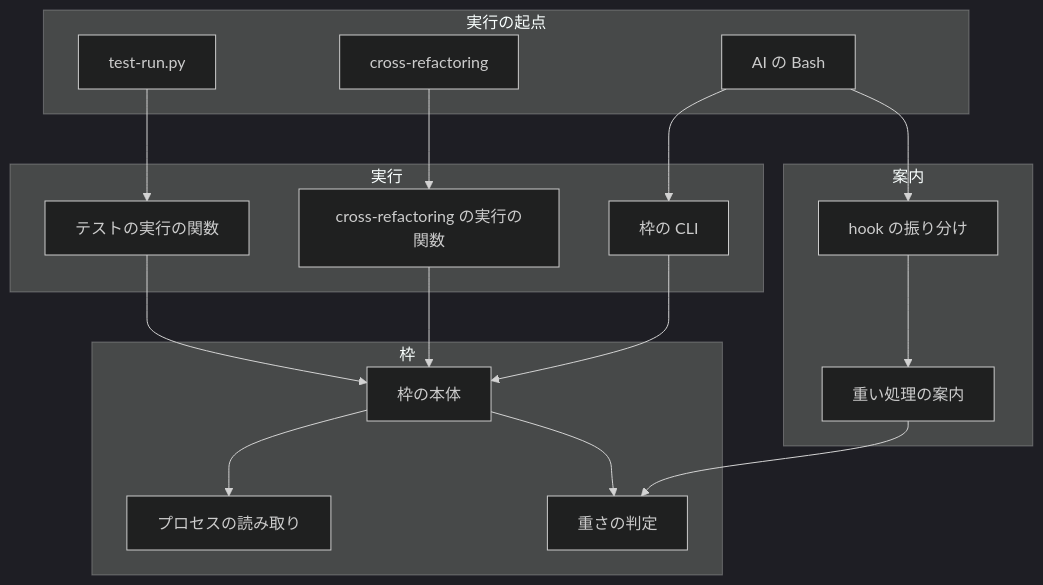
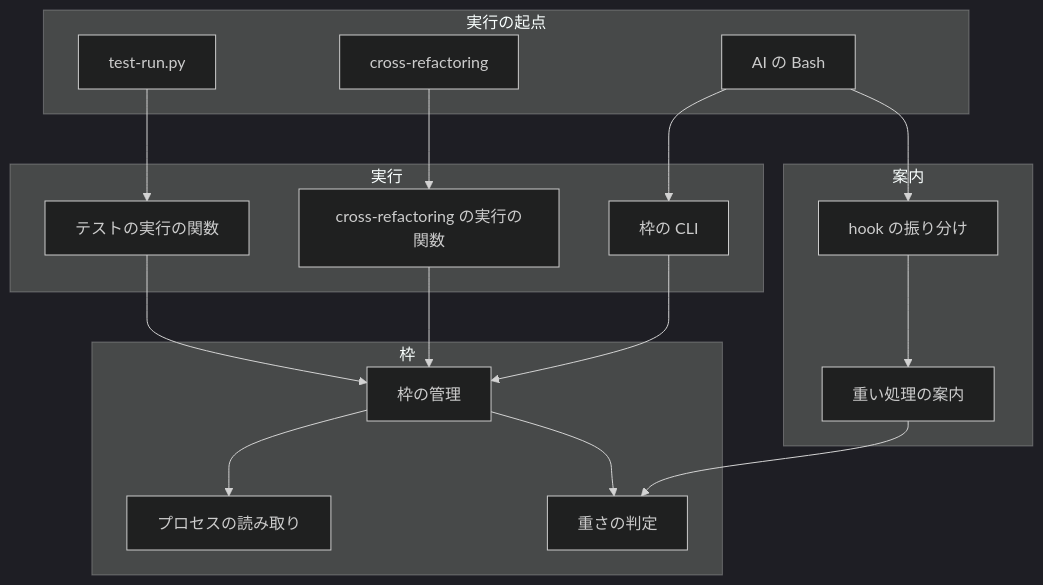
Before and after one commit to devbasex/ai-plugins: the first of 5 diagrams in issues/issue-2711-design.md, drawn with Mermaid (dark theme). The commit also changed other lines of this file and 2 other files, not shown here.

````diff
--- a/issues/issue-2711-design.md
+++ b/issues/issue-2711-design.md
@@ -173,31 +136,31 @@
 ```mermaid
 graph TD
     subgraph 実行の起点
         A[test-run.py]
         B[cross-refactoring]
         C[AI の Bash]
     end
     subgraph 案内
         H[hook の振り分け] --> G[重い処理の案内]
     end
     subgraph 実行
         T[テストの実行の関数]
         P[cross-refactoring の実行の関数]
         S[枠の CLI]
     end
     subgraph 枠
         W[重さの判定]
-        L[枠の本体]
+        L[枠の管理]
         R[プロセスの読み取り]
     end
     C --> H
     C --> S
     A --> T
     B --> P
     T --> L
     P --> L
     S --> L
     G --> W
     L --> W
     L --> R
 ```
````
